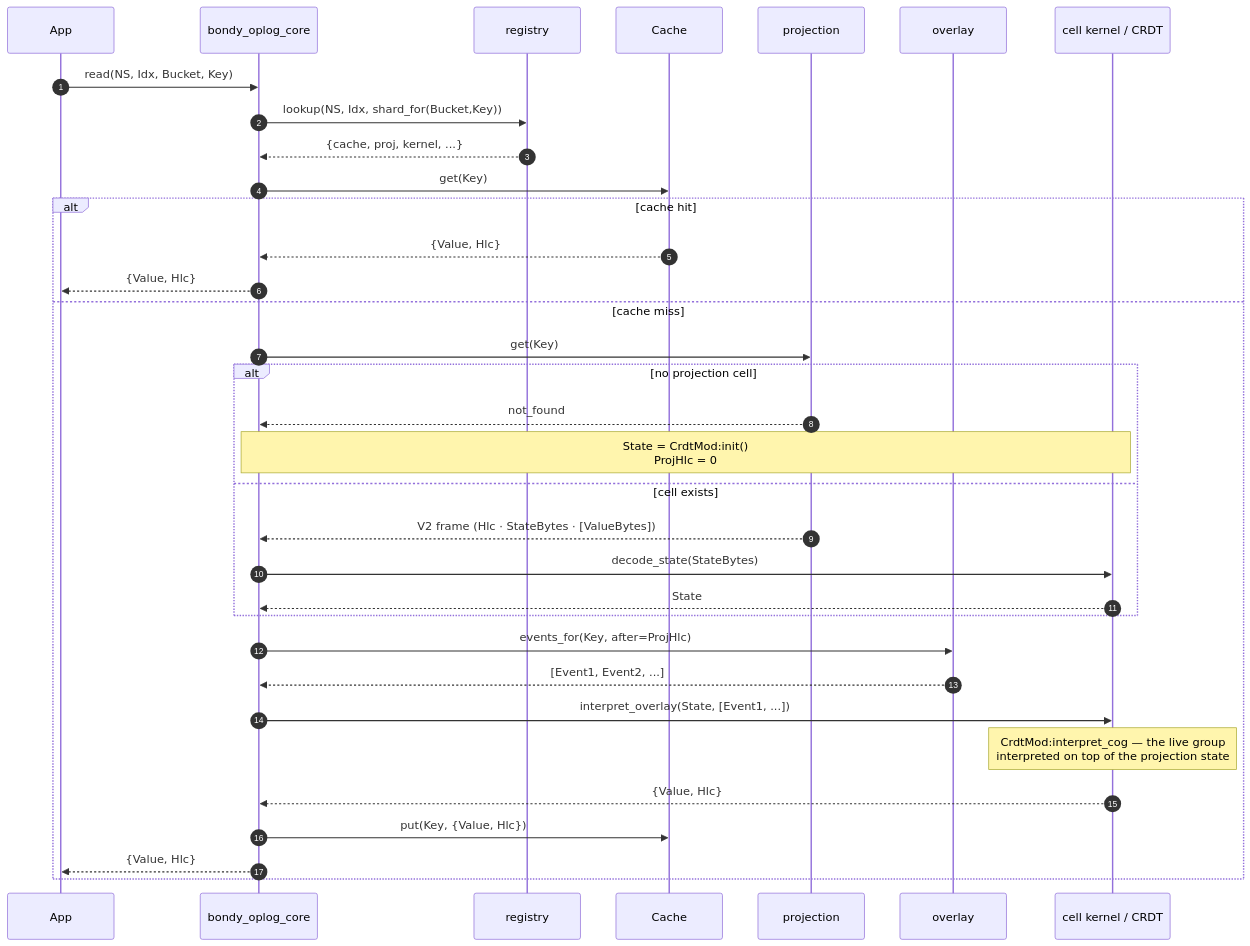
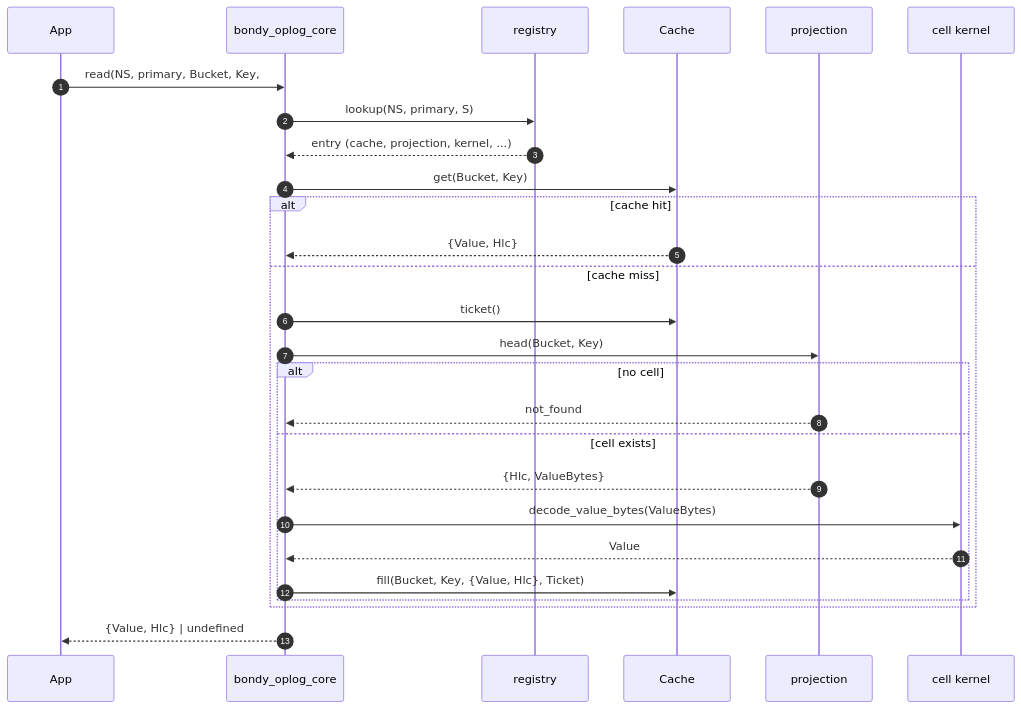
One commit to bondy-io/bondy changed the third of 7 diagrams in apps/bondy_db/doc_extras/architecture/03_bondy_db.md. Above: the diagram before and after it, drawn with Mermaid. The commit also changed other lines of this file and 449 other files, not shown here.

````diff
--- a/apps/bondy_db/doc_extras/architecture/03_bondy_db.md
+++ b/apps/bondy_db/doc_extras/architecture/03_bondy_db.md
@@ -77,38 +78,31 @@
 ```mermaid
 sequenceDiagram
     autonumber
     participant App
     participant Core as bondy_oplog_core
     participant Reg as registry
     participant Cache
     participant Proj as projection
-    participant Ov as overlay
-    participant K as cell kernel / CRDT
+    participant K as cell kernel
 
-    App->>Core: read(NS, Idx, Bucket, Key)
-    Core->>Reg: lookup(NS, Idx, shard_for(Bucket,Key))
-    Reg-->>Core: {cache, proj, kernel, ...}
+    App->>Core: read(NS, primary, Bucket, Key, #{shard => S})
+    Core->>Reg: lookup(NS, primary, S)
+    Reg-->>Core: entry (cache, projection, kernel, ...)
 
-    Core->>Cache: get(Key)
+    Core->>Cache: get(Bucket, Key)
     alt cache hit
         Cache-->>Core: {Value, Hlc}
-        Core-->>App: {Value, Hlc}
     else cache miss
-        Core->>Proj: get(Key)
-        alt no projection cell
+        Core->>Cache: ticket()
+        Core->>Proj: head(Bucket, Key)
+        alt no cell
             Proj-->>Core: not_found
-            Note over Core,K: State = CrdtMod:init()<br/>ProjHlc = 0
         else cell exists
-            Proj-->>Core: V2 frame (Hlc · StateBytes · [ValueBytes])
-            Core->>K: decode_state(StateBytes)
-            K-->>Core: State
+            Proj-->>Core: {Hlc, ValueBytes}
+            Core->>K: decode_value_bytes(ValueBytes)
+            K-->>Core: Value
+            Core->>Cache: fill(Bucket, Key, {Value, Hlc}, Ticket)
         end
-        Core->>Ov: events_for(Key, after=ProjHlc)
-        Ov-->>Core: [Event1, Event2, ...]
-        Core->>K: interpret_overlay(State, [Event1, ...])
-        Note over K: CrdtMod:interpret_cog — the live group<br/>interpreted on top of the projection state
-        K-->>Core: {Value, Hlc}
-        Core->>Cache: put(Key, {Value, Hlc})
-        Core-->>App: {Value, Hlc}
     end
+    Core-->>App: {Value, Hlc} | undefined
 ```
````
